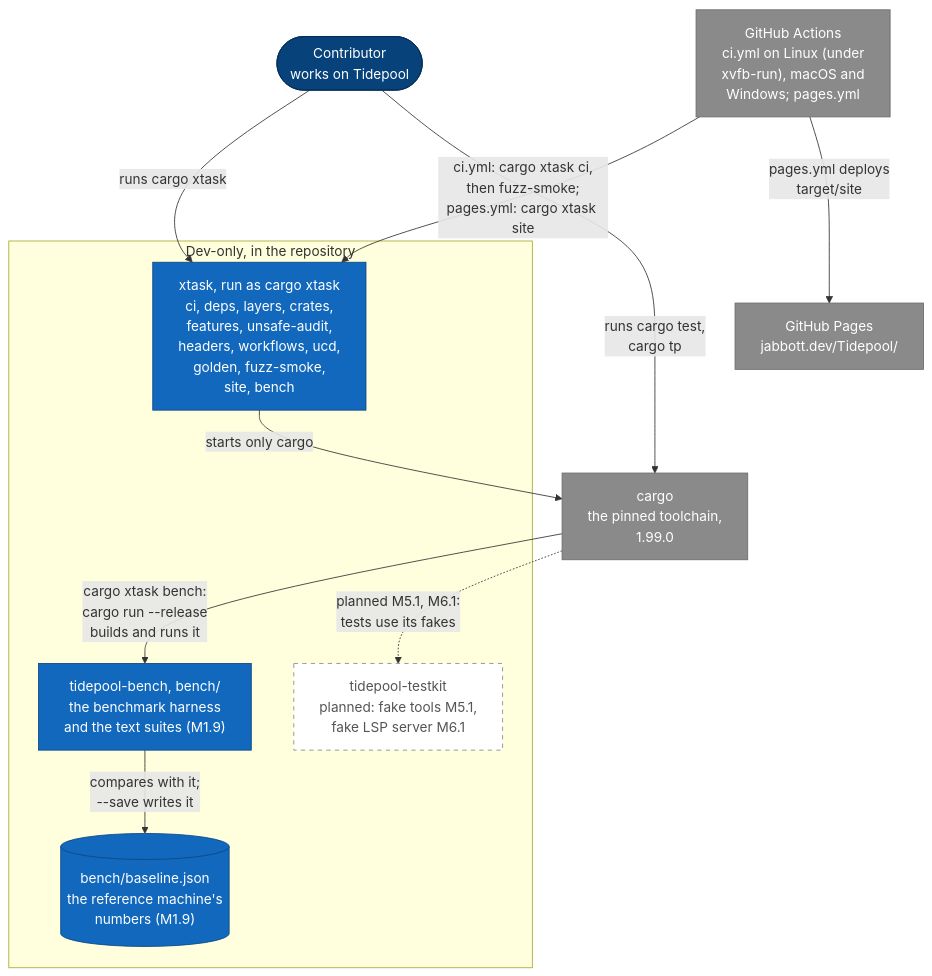
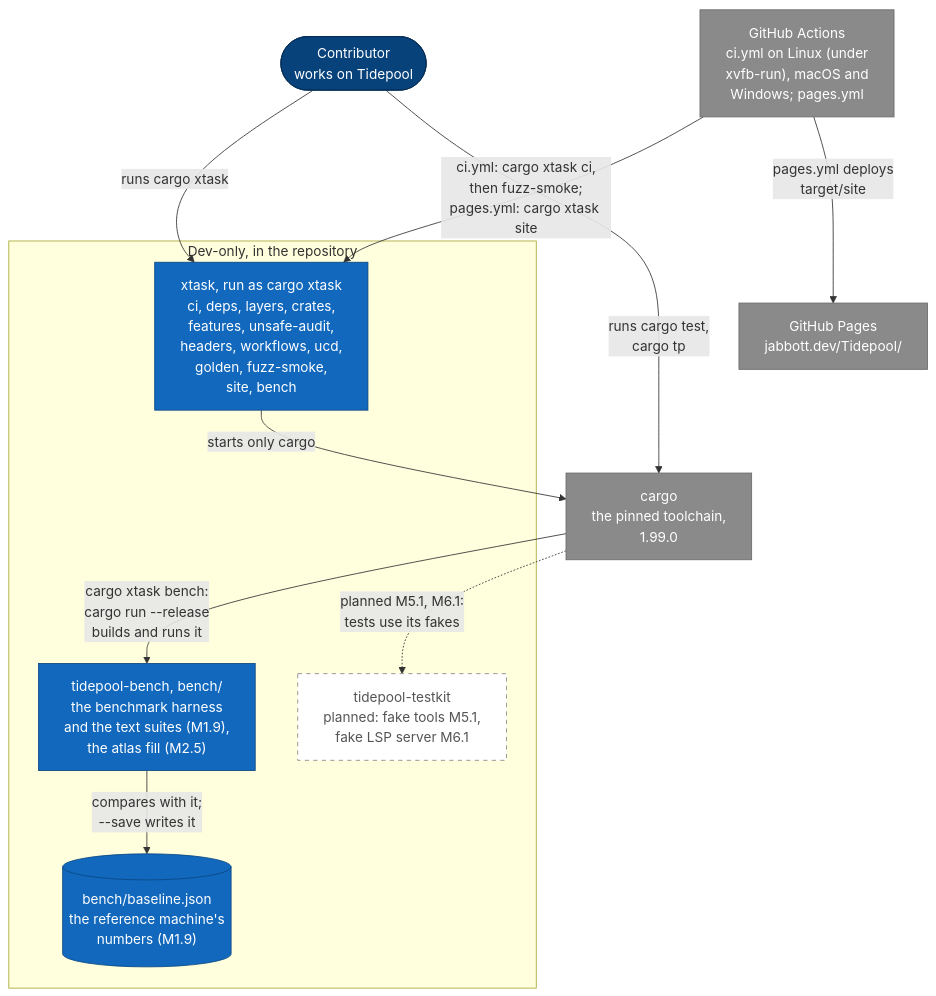
The fourth of 17 diagrams in diagrams/c4-architecture.md (jabbott-iii/Tidepool), drawn with Mermaid before and after one commit. The commit also changed other lines of this file and 18 other files, not shown here.

First line of the commit message:
bench: the font atlas fill suite and its baseline (M2.5)

````diff
--- a/diagrams/c4-architecture.md
+++ b/diagrams/c4-architecture.md
@@ -190,34 +190,34 @@
 ```mermaid
 flowchart TB
     p_contrib(["Contributor<br/>works on Tidepool"])
     e_gha["GitHub Actions<br/>ci.yml on Linux (under<br/>xvfb-run), macOS and<br/>Windows; pages.yml"]
     e_cargo["cargo<br/>the pinned toolchain,<br/>1.99.0"]
     e_pages["GitHub Pages<br/>jabbott.dev/Tidepool/"]
 
     subgraph b_dev["Dev-only, in the repository"]
         c_xtask["xtask, run as cargo xtask<br/>ci, deps, layers, crates,<br/>features, unsafe-audit,<br/>headers, workflows, ucd,<br/>golden, fuzz-smoke,<br/>site, bench"]
-        c_bench["tidepool-bench, bench/<br/>the benchmark harness<br/>and the text suites (M1.9)"]
+        c_bench["tidepool-bench, bench/<br/>the benchmark harness<br/>and the text suites (M1.9),<br/>the atlas fill (M2.5)"]
         c_testkit["tidepool-testkit<br/>planned: fake tools M5.1,<br/>fake LSP server M6.1"]
         s_baseline[("bench/baseline.json<br/>the reference machine's<br/>numbers (M1.9)")]
     end
 
     p_contrib -->|"runs cargo xtask"| c_xtask
     p_contrib -->|"runs cargo test,<br/>cargo tp"| e_cargo
     e_gha -->|"ci.yml: cargo xtask ci,<br/>then fuzz-smoke;<br/>pages.yml: cargo xtask site"| c_xtask
     e_gha -->|"pages.yml deploys<br/>target/site"| e_pages
     c_xtask -->|"starts only cargo"| e_cargo
     e_cargo -->|"cargo xtask bench:<br/>cargo run --release<br/>builds and runs it"| c_bench
     c_bench -->|"compares with it;<br/>--save writes it"| s_baseline
     e_cargo -.->|"planned M5.1, M6.1:<br/>tests use its fakes"| c_testkit
 
     classDef person fill:#08427b,stroke:#052e56,color:#ffffff
     classDef built fill:#1168bd,stroke:#0b4884,color:#ffffff
     classDef external fill:#8a8a8a,stroke:#6b6b6b,color:#ffffff
     classDef planned fill:#ffffff,stroke:#888888,stroke-dasharray: 5 5,color:#555555
     classDef store fill:#1168bd,stroke:#0b4884,color:#ffffff
     class p_contrib person
     class c_xtask,c_bench built
     class s_baseline store
     class c_testkit planned
     class e_gha,e_cargo,e_pages external
 ```
````
